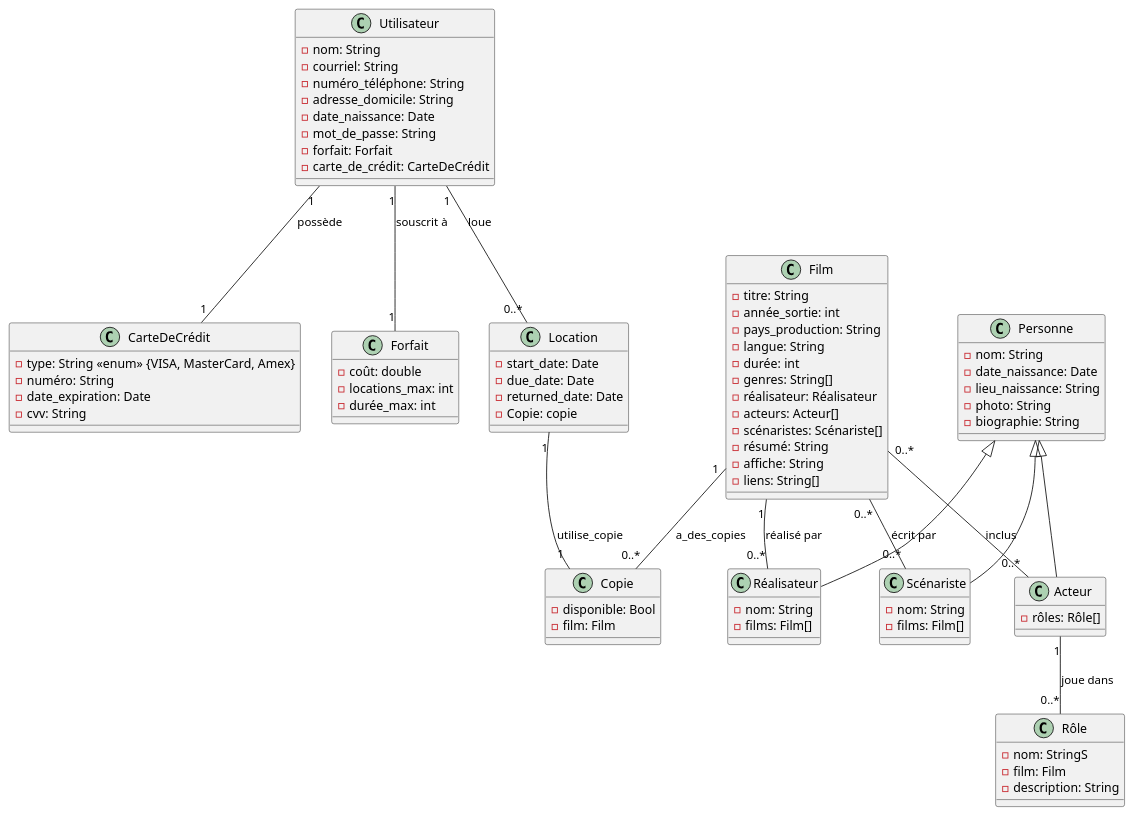
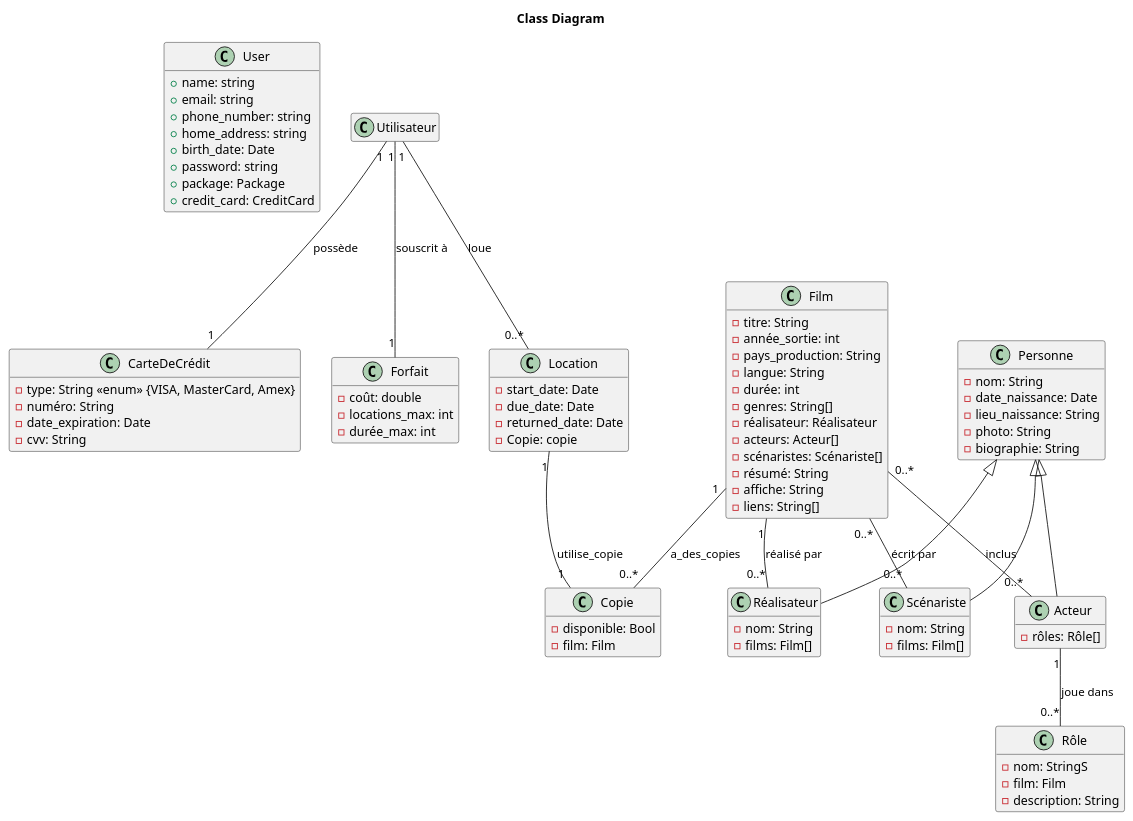
The diagram in docs/class.puml (snakedye/LOG660-01), drawn with PlantUML before and after one commit.

Commit message:
Refactor class diagram to hide empty members and footbox

```diff
--- a/docs/class.puml
+++ b/docs/class.puml
@@ -1,111 +1,113 @@
-@startuml
-' Classe principale Utilisateur 
-' Le forfait sera identifié par soit D, I OU A
-class Utilisateur {
-  - nom: String
-  - courriel: String
-  - numéro_téléphone: String
-  - adresse_domicile: String
-  - date_naissance: Date
-  - mot_de_passe: String
-  - forfait: Forfait
-  - carte_de_crédit: CarteDeCrédit
+@startuml class diagram
+title "Class Diagram"
+hide empty members
+hide footbox
+
+class User {
+  +name: string
+  +email: string
+  +phone_number: string
+  +home_address: string
+  +birth_date: Date
+  +password: string
+  +package: Package
+  +credit_card: CreditCard
 }
 
 ' Carte de Crédit
 class CarteDeCrédit {
   - type: String <<enum>> {VISA, MasterCard, Amex}
   - numéro: String
   - date_expiration: Date
   - cvv: String
 }
 
 ' Forfait
 class Forfait {
   - coût: double
   - locations_max: int
   - durée_max: int
 }
 
 ' Location
 class Location {
   - start_date: Date
   - due_date: Date
   - returned_date: Date
   - Copie: copie
 }
 
 ' Film
 class Film {
   - titre: String
   - année_sortie: int
   - pays_production: String
   - langue: String
   - durée: int
   - genres: String[]
   - réalisateur: Réalisateur
   - acteurs: Acteur[]
   - scénaristes: Scénariste[]
   - résumé: String
   - affiche: String
   - liens: String[]
 }
 
 ' Réalisateur
 class Réalisateur {
   - nom: String
   - films: Film[]
 }
 
 ' Scénariste
 class Scénariste {
   - nom: String
   - films: Film[]
 }
 
 ' Acteur
 class Acteur {
   - rôles: Rôle[]
 }
 
 ' Rôle
 class Rôle {
   - nom: StringS
   - film: Film
   - description: String
 }
 
 ' Personne (classe parent)
 class Personne {
   - nom: String
   - date_naissance: Date
   - lieu_naissance: String
   - photo: String
   - biographie: String
 }
 
 ' Classe Copie pour les copies de films
 class Copie {
   - disponible: Bool
   - film: Film
 }
 
 ' Associations
 Utilisateur "1" -- "1" CarteDeCrédit : possède
 Utilisateur "1" -- "1" Forfait : souscrit à
 Utilisateur "1" -- "0..*" Location : loue
 
 
 Location "1" -- "1" Copie : utilise_copie
 
 Film "1" -- "0..*" Réalisateur : réalisé par
 Film "0..*" -- "0..*" Acteur : inclus
 Film "0..*" -- "0..*" Scénariste : écrit par
 Film "1" -- "0..*" Copie : a_des_copies
 
 Personne <|-- Réalisateur
 Personne <|-- Acteur
 Personne <|-- Scénariste
 Acteur "1" -- "0..*" Rôle : joue dans
 
 @enduml
```
